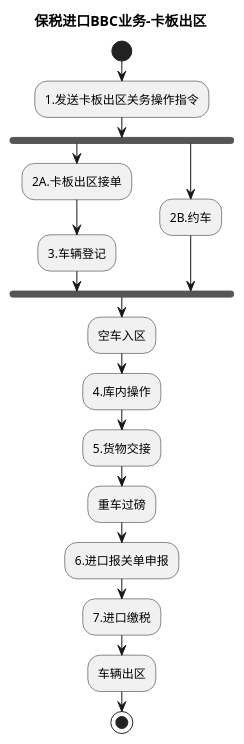
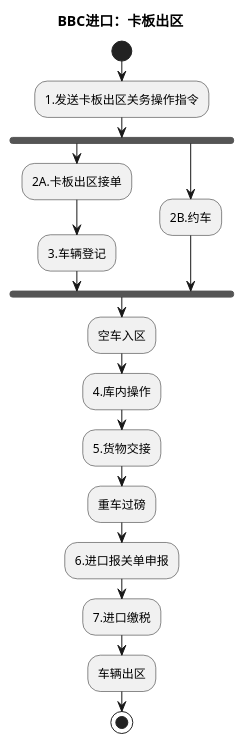
Diagram 11 of 12 in product-caliber/goldjet/segmented-prd/mainflow/PRD.高捷物流系统一期.主流程.06.跨境电商BBC进口详细流程.md (jack888332/projects-doc), drawn with PlantUML before and after one commit. The commit also changed other lines of this file and 20 other files, not shown here.

Commit message:
优化流程表对应的DLS图

````diff
--- a/product-caliber/goldjet/segmented-prd/mainflow/PRD.高捷物流系统一期.主流程.06.跨境电商BBC进口详细流程.md
+++ b/product-caliber/goldjet/segmented-prd/mainflow/PRD.高捷物流系统一期.主流程.06.跨境电商BBC进口详细流程.md
@@ -386,21 +408,22 @@
 ```plantuml
 @startuml
-title 保税进口BBC业务-卡板出区
+skinparam activityDiamondBackgroundColor #FFF4CC
+title BBC进口：卡板出区
 start
 :1.发送卡板出区关务操作指令;
 fork
   :2A.卡板出区接单;
   :3.车辆登记;
 fork again
   :2B.约车;
 end fork
 :空车入区;
 :4.库内操作;
 :5.货物交接;
 :重车过磅;
 :6.进口报关单申报;
 :7.进口缴税;
 :车辆出区;
 stop
 @enduml
 ```
````
